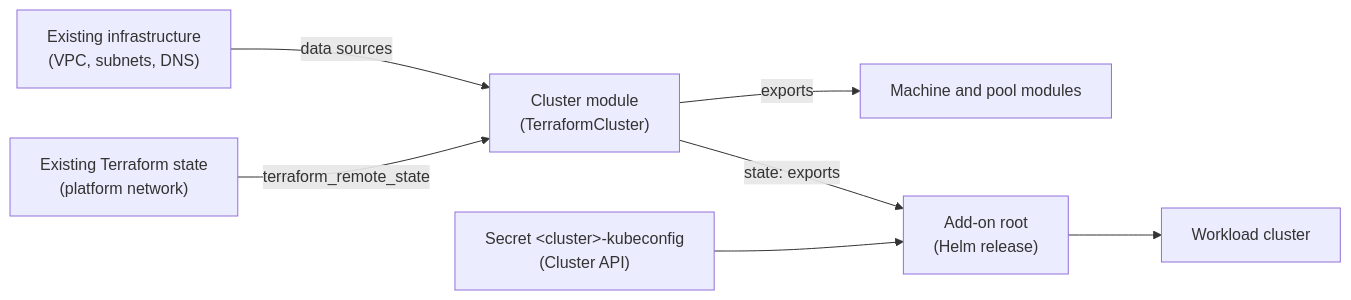
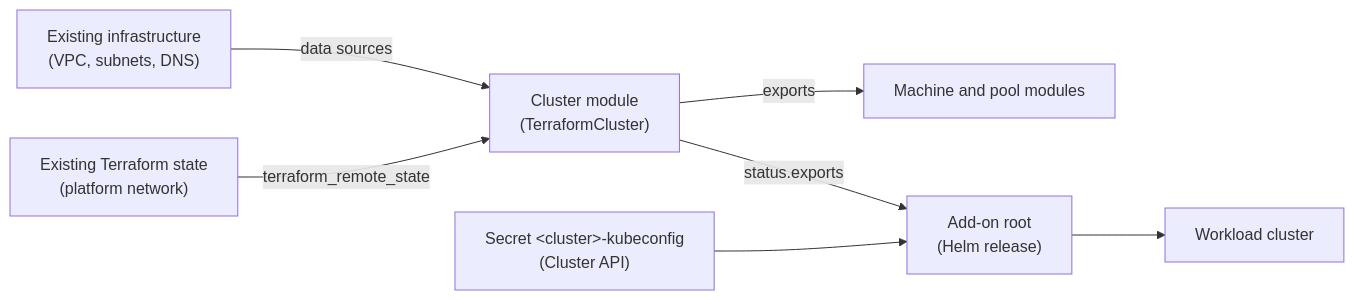
One commit to captf-io/captf-io.github.io changed the diagram in docs/docs/module-author/existing-state.md. Above: the diagram before and after it, drawn with Mermaid. The commit also changed other lines of this file and 9 other files, not shown here.

First line of the commit message:
docs: document status.exports

````diff
--- a/docs/docs/module-author/existing-state.md
+++ b/docs/docs/module-author/existing-state.md
@@ -19,9 +19,9 @@
 ```mermaid
 flowchart LR
     infra["Existing infrastructure<br/>(VPC, subnets, DNS)"] -->|data sources| cluster
     upstream["Existing Terraform state<br/>(platform network)"] -->|terraform_remote_state| cluster
     cluster["Cluster module<br/>(TerraformCluster)"] -->|exports| machines["Machine and pool modules"]
-    cluster -->|state: exports| addon["Add-on root<br/>(Helm release)"]
+    cluster -->|status.exports| addon["Add-on root<br/>(Helm release)"]
     kc["Secret &lt;cluster&gt;-kubeconfig<br/>(Cluster API)"] --> addon
     addon --> workload["Workload cluster"]
 ```
````
